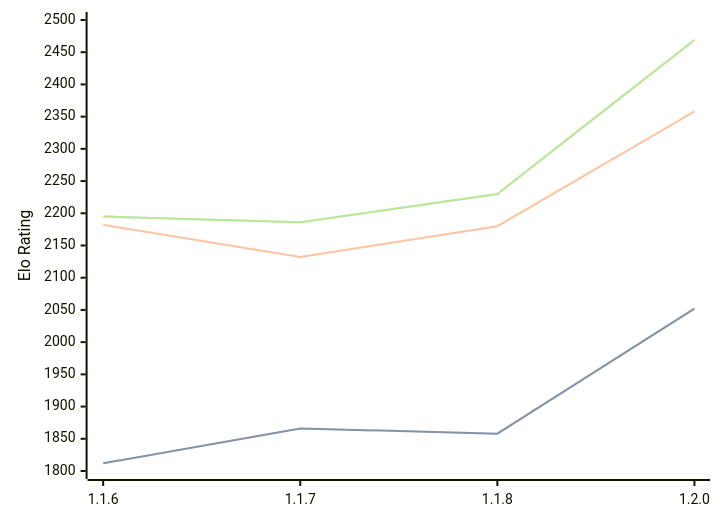
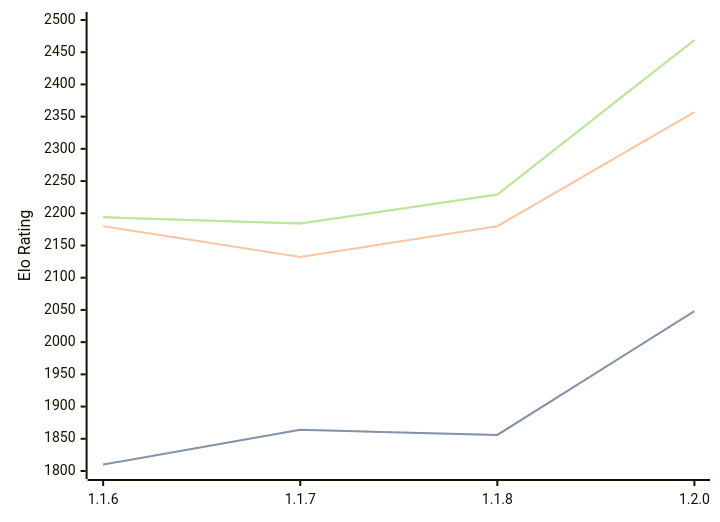
The diagram in engines/Soomi.md (computer-chess-index/cci), drawn with Mermaid before and after one commit. The commit also changed other lines of this file, not shown here.

Commit message:
Update CCI Ratings (ELO VLTC) - 2026-04-17

````diff
--- a/engines/Soomi.md
+++ b/engines/Soomi.md
@@ -34,11 +34,11 @@
 ```mermaid
 %%{init: {"theme":"base","themeVariables":{"seriesColors:['#a3a3a3','#222221','#faa371']}}}%%
 xychart-beta
   x-axis ["1.1.6", "1.1.7", "1.1.8", "1.2.0"]
   y-axis "Elo Rating" 1800 --> 2500
-  line "STC (8.0+0.08s)" [1812, 1866, 1858, 2052]
-  line "STC (8.0+0.08s)" [1812, 1866, 1858, 2052]
-  line "LTC (60.0+0.60s)" [2182, 2132, 2180, 2358]
-  line "VLTC (2m24s+1.12s)" [2195, 2186, 2230, 2469]
-  line "VLTC (2m24s+1.12s)" [2195, 2186, 2230, 2469]
+  line "STC (8.0+0.08s)" [1810, 1864, 1856, 2048]
+  line "STC (8.0+0.08s)" [1810, 1864, 1856, 2048]
+  line "LTC (60.0+0.60s)" [2180, 2132, 2180, 2357]
+  line "VLTC (2m24s+1.12s)" [2194, 2184, 2229, 2469]
+  line "VLTC (2m24s+1.12s)" [2194, 2184, 2229, 2469]
 ```
````
